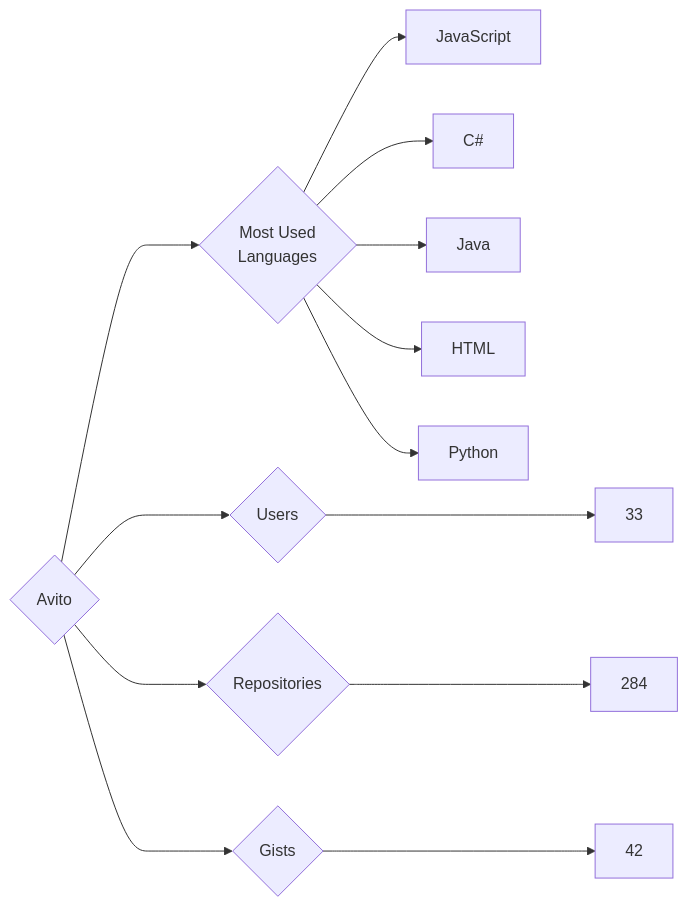
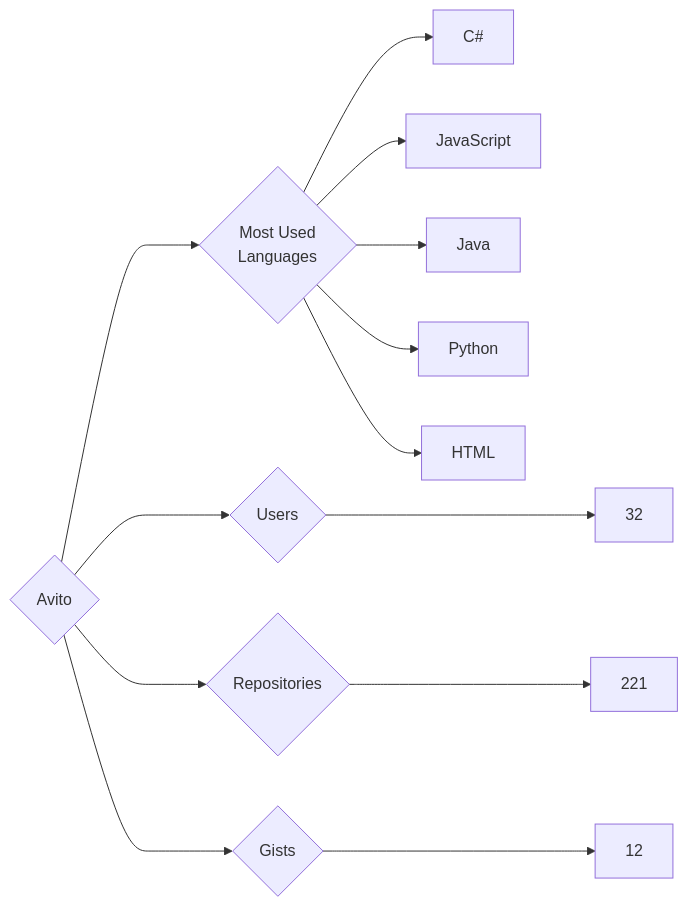
The diagram in targets/Avito/README.md (trickest/insiders), drawn with Mermaid before and after one commit. The commit also changed 953 other files, not shown here.

````diff
--- a/targets/Avito/README.md
+++ b/targets/Avito/README.md
@@ -3,13 +3,13 @@
 ```mermaid
 graph LR
 COMPANY_NAME{Avito}
-COMPANY_NAME ---> U{Users} ---> UN[33]
-COMPANY_NAME ---> R{Repositories} ---> RN[284]
-COMPANY_NAME ---> G{Gists} ---> GN[42]
+COMPANY_NAME ---> U{Users} ---> UN[32]
+COMPANY_NAME ---> R{Repositories} ---> RN[221]
+COMPANY_NAME ---> G{Gists} ---> GN[12]
 COMPANY_NAME ---> ML{Most Used<br>Languages}
+ML --> C#[C#]
 ML --> JavaScript[JavaScript]
-ML --> C#[C#]
 ML --> Java[Java]
+ML --> Python[Python]
 ML --> HTML[HTML]
-ML --> Python[Python]
 ```
````
